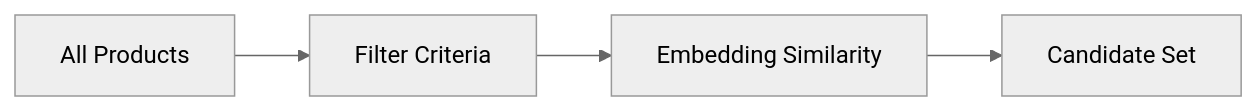
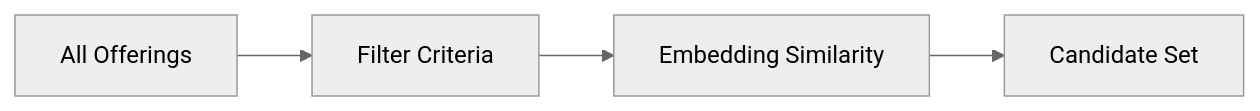
Before and after one commit to petkao/pinkcurve-blueprint: the first of 3 diagrams in docs/06-discovery-engine.md, drawn with Mermaid (neutral theme). The commit also changed other lines of this file and 11 other files, not shown here.

Commit message:
Refine PinkCurve architecture around Offering-centric discovery model

````diff
--- a/docs/06-discovery-engine.md
+++ b/docs/06-discovery-engine.md
@@ -74,6 +136,6 @@
 ```mermaid
 flowchart LR
-    All[All Products] --> Filter[Filter Criteria]
+    All[All Offerings] --> Filter[Filter Criteria]
     Filter --> Embed[Embedding Similarity]
     Embed --> Candidates[Candidate Set]
 ```
````
